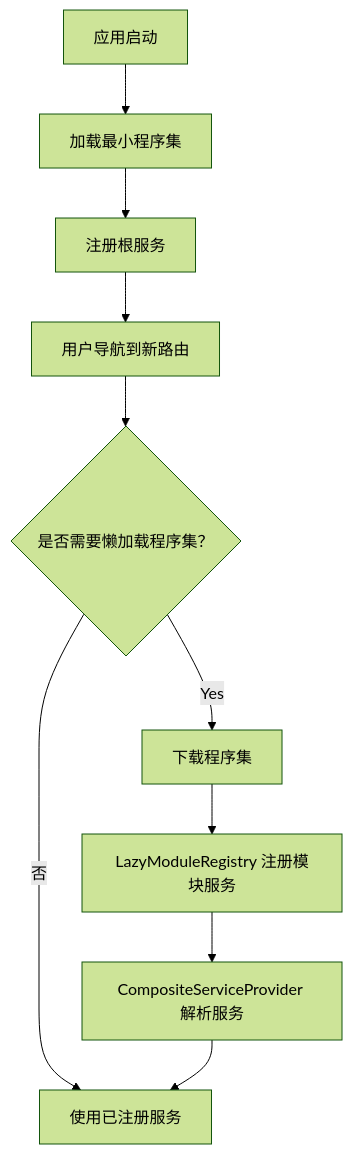
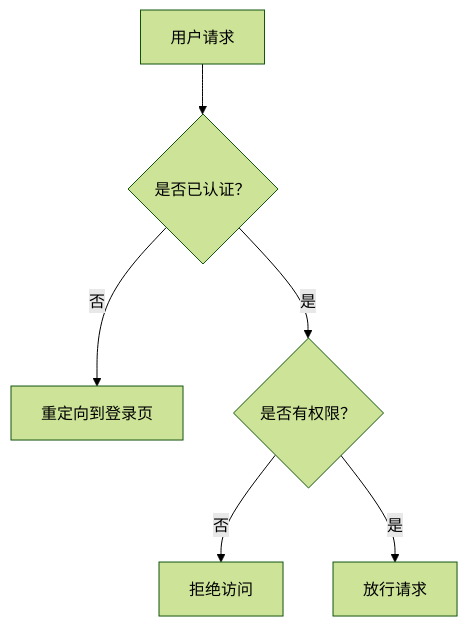
Before and after one commit to openlowcodelab/lowcode: the ninth of 11 diagrams in .qoder/repowiki/zh/content/架构设计/架构设计.md, drawn with Mermaid (forest theme). The commit also changed other lines of this file and 223 other files, not shown here.

````diff
--- a/.qoder/repowiki/zh/content/架构设计/架构设计.md
+++ b/.qoder/repowiki/zh/content/架构设计/架构设计.md
@@ -237,12 +479,8 @@
 ```mermaid
 flowchart TD
-    Boot["应用启动"] --> LoadMinimal["加载最小程序集"]
-    LoadMinimal --> RegisterRoot["注册根服务"]
-    RegisterRoot --> Navigate["用户导航到新路由"]
-    Navigate --> CheckLazy{"是否需要懒加载程序集？"}
-    CheckLazy -->|否| UseExisting["使用已注册服务"]
-    CheckLazy -->|Yes| Download["下载程序集"]
-    Download --> RegisterModule["LazyModuleRegistry 注册模块服务"]
-    RegisterModule --> ResolveWithFallback["CompositeServiceProvider 解析服务"]
-    ResolveWithFallback --> UseExisting
+    Request["用户请求"] --> CheckAuth{"是否已认证？"}
+    CheckAuth -->|否| Redirect["重定向到登录页"]
+    CheckAuth -->|是| CheckRole{"是否有权限？"}
+    CheckRole -->|否| AccessDenied["拒绝访问"]
+    CheckRole -->|是| Allow["放行请求"]
 ```
````
